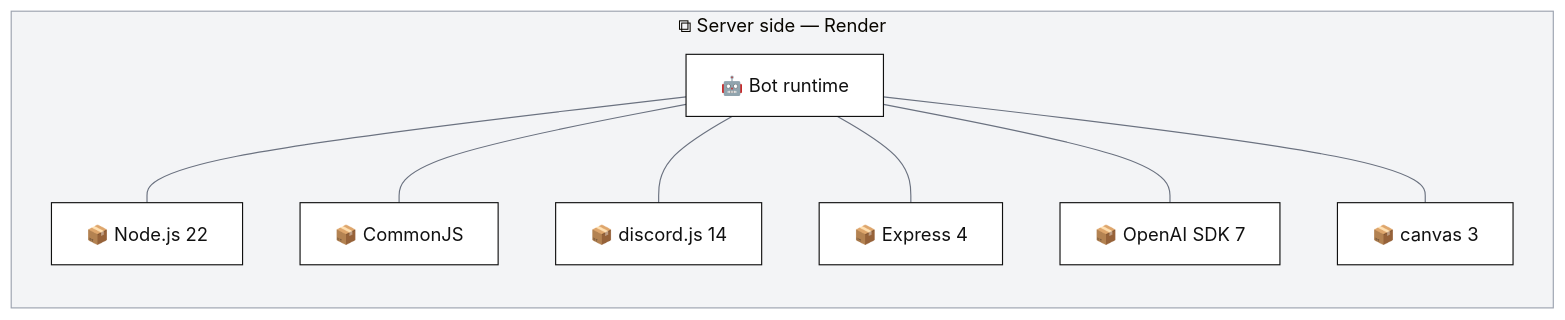
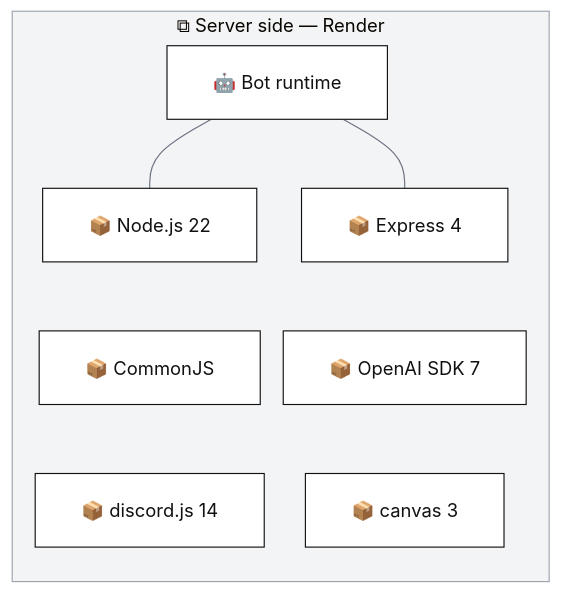
Before and after one commit to T00few2/dzr: the third of 4 diagrams in docs/architecture/tech-stack.md, drawn with Mermaid. The commit also changed other lines of this file and 46 other files, not shown here.

````diff
--- a/docs/architecture/tech-stack.md
+++ b/docs/architecture/tech-stack.md
@@ -77,27 +108,33 @@
 ```mermaid
 ---
 config:
   theme: base
+  flowchart:
+    padding: 20
+    nodeSpacing: 20
+    rankSpacing: 35
   themeCSS: |
     :is(&) { background: #ffffff; }
 ---
-flowchart LR
+flowchart TB
     subgraph render["⧉ Server side — Render"]
+        direction TB
         bot["🤖 Bot runtime"]
         renderTech0["📦 Node.js 22"]
+        renderTech1["📦 CommonJS"]
+        renderTech2["📦 discord.js 14"]
+        renderTech3["📦 Express 4"]
+        renderTech4["📦 OpenAI SDK 7"]
+        renderTech5["📦 canvas 3"]
+        %% Invisible links arrange columns; these are not dependencies.
         bot --- renderTech0
-        renderTech1["📦 CommonJS"]
-        bot --- renderTech1
-        renderTech2["📦 discord.js 14"]
-        bot --- renderTech2
-        renderTech3["📦 Express 4"]
+        renderTech0 ~~~ renderTech1
+        renderTech1 ~~~ renderTech2
         bot --- renderTech3
-        renderTech4["📦 OpenAI SDK 7"]
-        bot --- renderTech4
-        renderTech5["📦 canvas 3"]
-        bot --- renderTech5
+        renderTech3 ~~~ renderTech4
+        renderTech4 ~~~ renderTech5
     end
     classDef default fill:#ffffff,stroke:#111111,color:#111111
     linkStyle default stroke:#6B7280
     style render fill:#f3f4f6,stroke:#9ca3af
 ```
````
